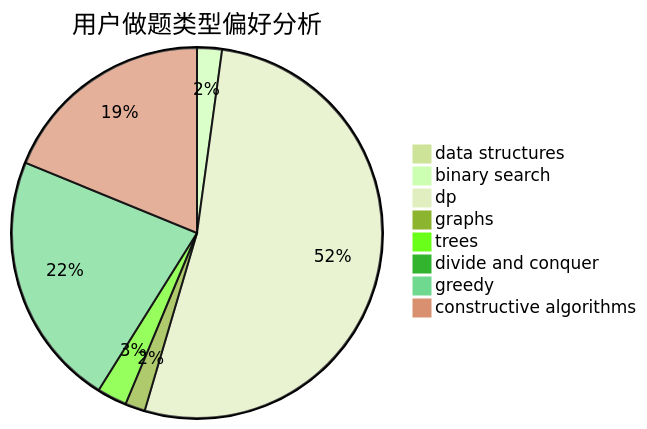
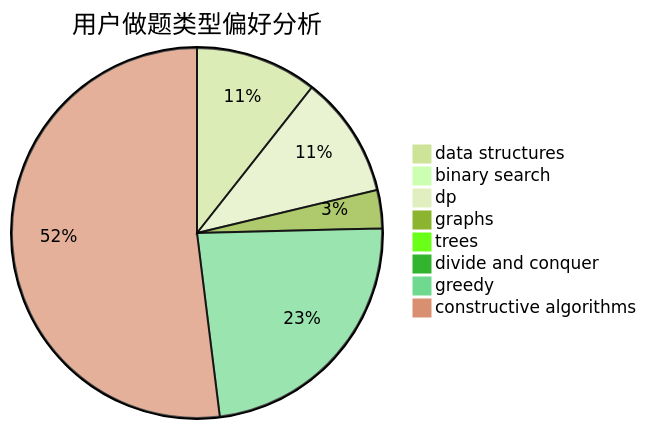
The second of 3 diagrams in docs/user/u2218.md (sherpahu/cfrs.github.io), drawn with Mermaid (forest theme) before and after one commit. The commit also changed other lines of this file and 2770 other files, not shown here.

````diff
--- a/docs/user/u2218.md
+++ b/docs/user/u2218.md
@@ -23,11 +23,11 @@
 ```mermaid
 pie title 用户做题类型偏好分析
-    "data structures" :  0
-    "binary search" :  15
-    "dp" :  362
-    "graphs" :  12
-    "trees" :  18
+    "data structures" :  54
+    "binary search" :  0
+    "dp" :  54
+    "graphs" :  17
+    "trees" :  0
     "divide and conquer" :  0
-    "greedy" :  154
-    "constructive algorithms" :  130
+    "greedy" :  119
+    "constructive algorithms" :  264
 ```
````
